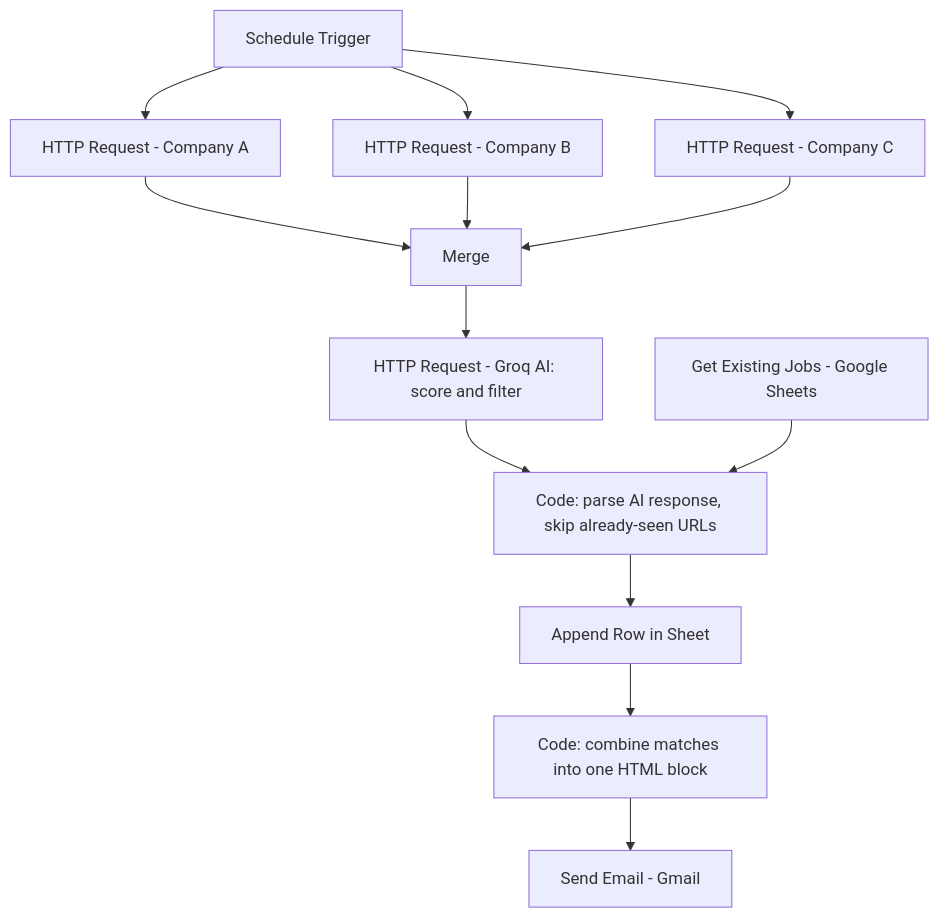
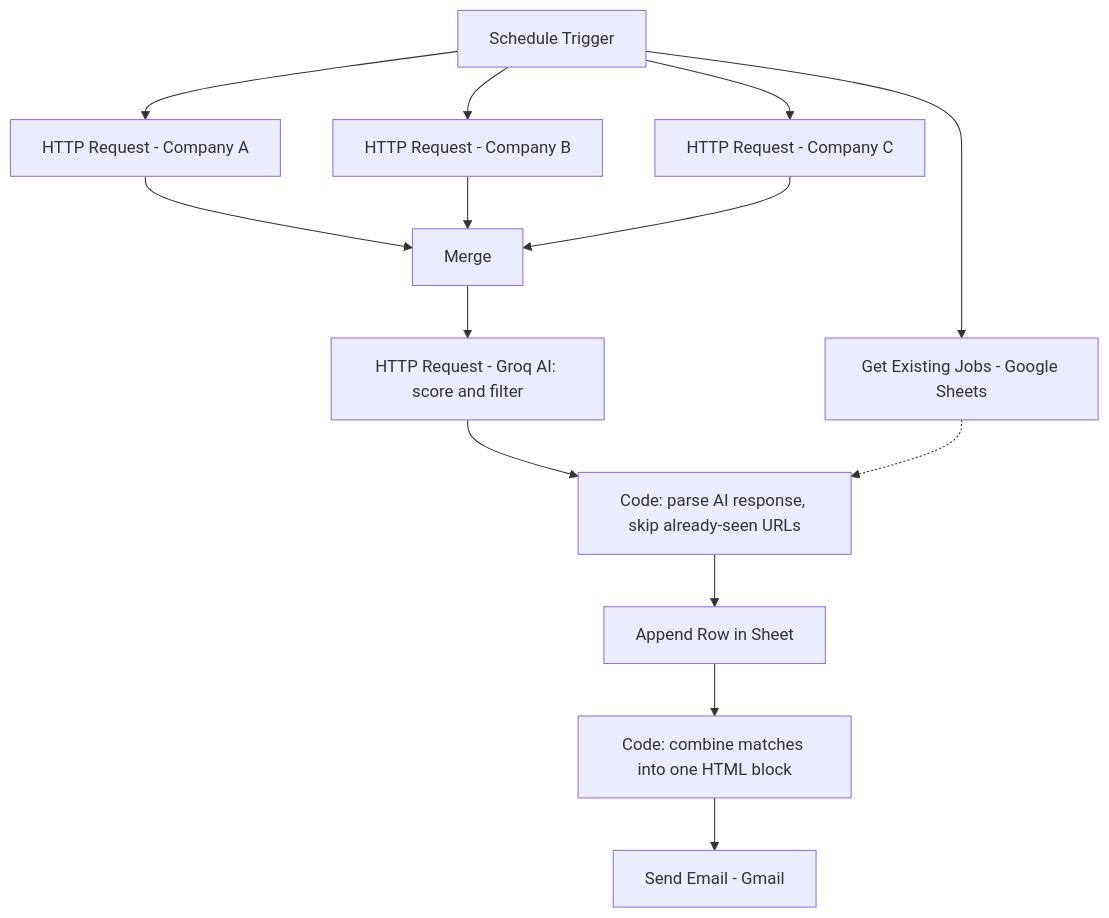
The diagram in README.md (Muqaddas7/Smart--Job-Tracker-n8n), drawn with Mermaid before and after one commit.

````diff
--- a/README.md
+++ b/README.md
@@ -30,15 +30,16 @@
 ```mermaid
 flowchart TD
     A[Schedule Trigger] --> B1[HTTP Request - Company A]
     A --> B2[HTTP Request - Company B]
     A --> B3[HTTP Request - Company C]
+    A --> E[Get Existing Jobs - Google Sheets]
     B1 --> C[Merge]
     B2 --> C
     B3 --> C
     C --> D[HTTP Request - Groq AI: score and filter]
     D --> F[Code: parse AI response, skip already-seen URLs]
-    E[Get Existing Jobs - Google Sheets] --> F
+    E -.-> F
     F --> G[Append Row in Sheet]
     G --> H[Code: combine matches into one HTML block]
     H --> I[Send Email - Gmail]
 ```
````
